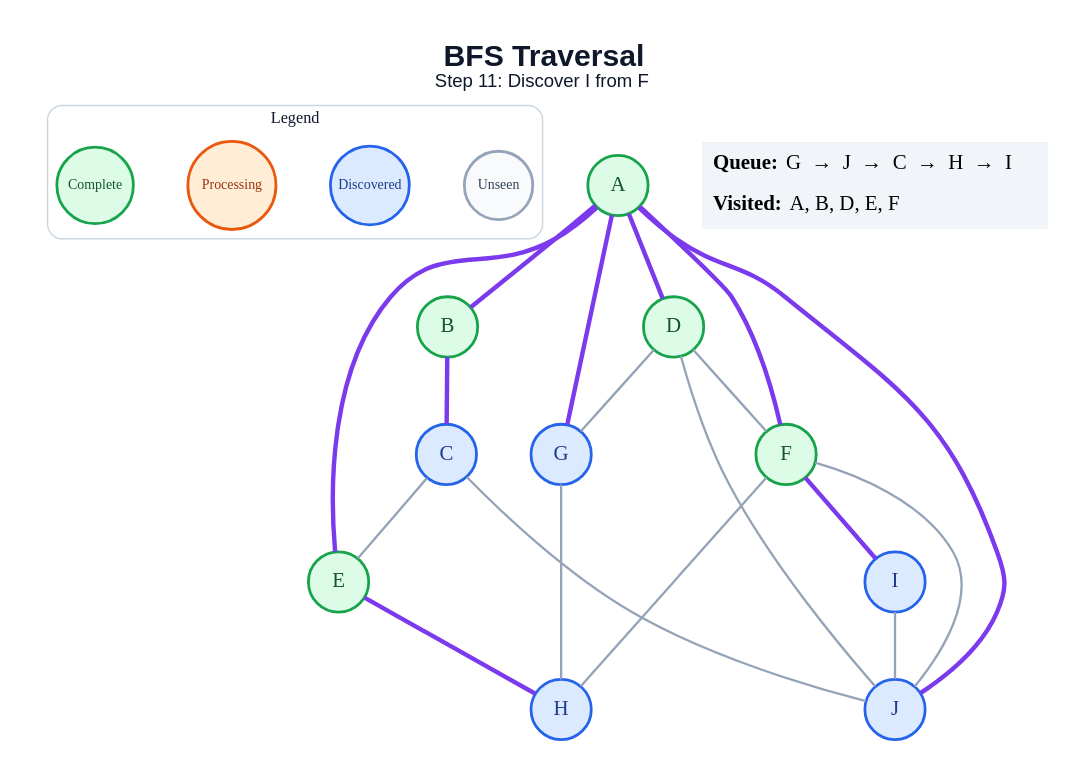
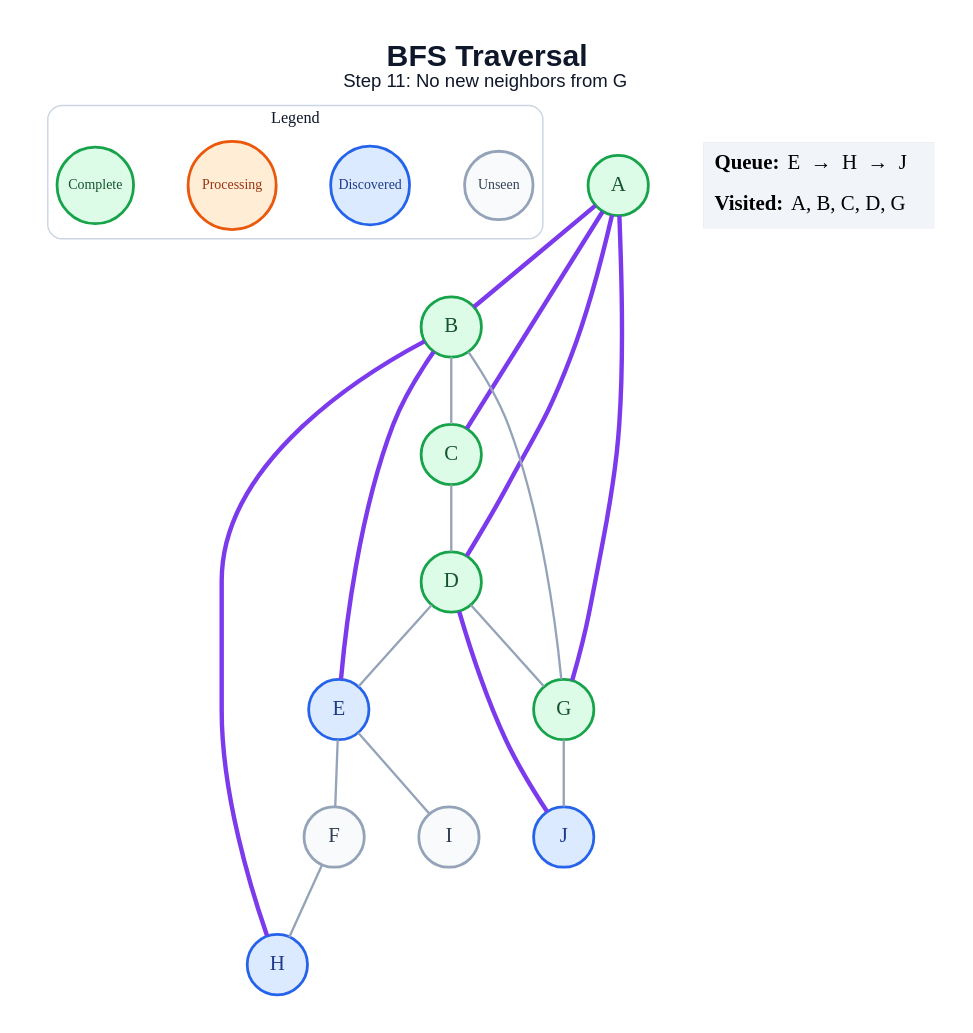
One commit to amanghodawala9/ai-slop changed the diagram in generated/bfs/step_11.dot. Above: the diagram before and after it, drawn with Graphviz. The commit also changed 178 other files, not shown here.

```diff
--- a/generated/bfs/step_11.dot
+++ b/generated/bfs/step_11.dot
@@ -1,47 +1,45 @@
 graph traversal {
   graph [layout=dot, rankdir=TB, bgcolor="#FFFFFF", pad="0.35", nodesep="0.65", ranksep="0.8", fontname="Arial"];
   node [shape=circle, style="filled", fontname="Arial Bold", fontsize=18, width=0.72, fixedsize=true, penwidth=2.4];
   edge [color="#94A3B8", penwidth=2.0];
-  label=<<B>BFS Traversal</B><BR/><FONT POINT-SIZE="16">Step 11: Discover I from F</FONT>>; labelloc="t"; fontsize=26; fontname="Arial"; fontcolor="#0F172A";
+  label=<<B>BFS Traversal</B><BR/><FONT POINT-SIZE="16">Step 11: No new neighbors from G</FONT>>; labelloc="t"; fontsize=26; fontname="Arial"; fontcolor="#0F172A";
   subgraph cluster_legend { label="Legend"; color="#CBD5E1"; penwidth=1.2; style="rounded"; fontsize=14; fontname="Arial Bold";
     key_unseen [label="Unseen", fillcolor="#F8FAFC", color="#94A3B8", fontcolor="#334155", fontsize=12, width=0.82];
     key_frontier [label="Discovered", fillcolor="#DBEAFE", color="#2563EB", fontcolor="#1E3A8A", fontsize=12, width=0.95];
     key_current [label="Processing", fillcolor="#FFEDD5", color="#EA580C", fontcolor="#9A3412", fontsize=12, width=1.05];
     key_done [label="Complete", fillcolor="#DCFCE7", color="#16A34A", fontcolor="#14532D", fontsize=12, width=0.92];
     { rank=same; key_unseen; key_frontier; key_current; key_done; }
   }
   A [fillcolor="#DCFCE7", color="#16A34A", fontcolor="#14532D"];
   B [fillcolor="#DCFCE7", color="#16A34A", fontcolor="#14532D"];
-  C [fillcolor="#DBEAFE", color="#2563EB", fontcolor="#1E3A8A"];
+  C [fillcolor="#DCFCE7", color="#16A34A", fontcolor="#14532D"];
   D [fillcolor="#DCFCE7", color="#16A34A", fontcolor="#14532D"];
-  E [fillcolor="#DCFCE7", color="#16A34A", fontcolor="#14532D"];
-  F [fillcolor="#DCFCE7", color="#16A34A", fontcolor="#14532D"];
-  G [fillcolor="#DBEAFE", color="#2563EB", fontcolor="#1E3A8A"];
+  E [fillcolor="#DBEAFE", color="#2563EB", fontcolor="#1E3A8A"];
+  F [fillcolor="#F8FAFC", color="#94A3B8", fontcolor="#334155"];
+  G [fillcolor="#DCFCE7", color="#16A34A", fontcolor="#14532D"];
   H [fillcolor="#DBEAFE", color="#2563EB", fontcolor="#1E3A8A"];
-  I [fillcolor="#DBEAFE", color="#2563EB", fontcolor="#1E3A8A"];
+  I [fillcolor="#F8FAFC", color="#94A3B8", fontcolor="#334155"];
   J [fillcolor="#DBEAFE", color="#2563EB", fontcolor="#1E3A8A"];
   A -- B [color="#7C3AED", penwidth=3.8];
+  A -- C [color="#7C3AED", penwidth=3.8];
   A -- D [color="#7C3AED", penwidth=3.8];
-  A -- E [color="#7C3AED", penwidth=3.8];
-  A -- F [color="#7C3AED", penwidth=3.8];
   A -- G [color="#7C3AED", penwidth=3.8];
-  A -- J [color="#7C3AED", penwidth=3.8];
-  B -- C [color="#7C3AED", penwidth=3.8];
-  C -- E;
-  C -- J;
-  D -- F;
+  B -- C;
+  B -- E [color="#7C3AED", penwidth=3.8];
+  B -- G;
+  B -- H [color="#7C3AED", penwidth=3.8];
+  C -- D;
+  D -- E;
   D -- G;
-  D -- J;
-  E -- H [color="#7C3AED", penwidth=3.8];
+  D -- J [color="#7C3AED", penwidth=3.8];
+  E -- F;
+  E -- I;
   F -- H;
-  F -- I [color="#7C3AED", penwidth=3.8];
-  F -- J;
-  G -- H;
-  I -- J;
+  G -- J;
   status [shape=plain, fixedsize=false, width=0, height=0, margin=0, label=<
     <TABLE BORDER="0" CELLBORDER="0" CELLPADDING="7" BGCOLOR="#F1F5F9">
-      <TR><TD ALIGN="LEFT"><B>Queue:</B> G  →  J  →  C  →  H  →  I</TD></TR>
-      <TR><TD ALIGN="LEFT"><B>Visited:</B> A, B, D, E, F</TD></TR>
+      <TR><TD ALIGN="LEFT"><B>Queue:</B> E  →  H  →  J</TD></TR>
+      <TR><TD ALIGN="LEFT"><B>Visited:</B> A, B, C, D, G</TD></TR>
     </TABLE>
   >];
 }
```
